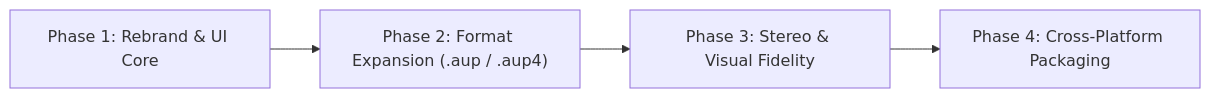
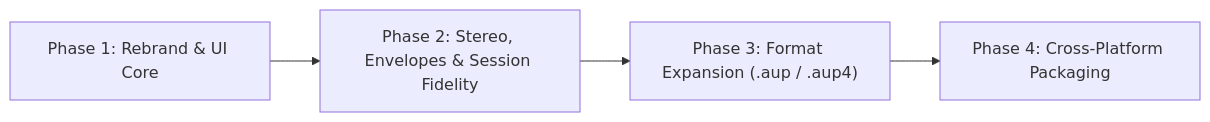
The diagram in ROADMAP.md (bradlinder/Audacity-to-Reaper-Project-Converter), drawn with Mermaid before and after one commit. The commit also changed other lines of this file and 12 other files, not shown here.

````diff
--- a/ROADMAP.md
+++ b/ROADMAP.md
@@ -9,6 +9,6 @@
 ```mermaid
 flowchart LR
-    A["Phase 1: Rebrand & UI Core"] --> B["Phase 2: Format Expansion (.aup / .aup4)"]
-    B --> C["Phase 3: Stereo & Visual Fidelity"]
+    A["Phase 1: Rebrand & UI Core"] --> B["Phase 2: Stereo, Envelopes & Session Fidelity"]
+    B --> C["Phase 3: Format Expansion (.aup / .aup4)"]
     C --> D["Phase 4: Cross-Platform Packaging"]
 ```
````
